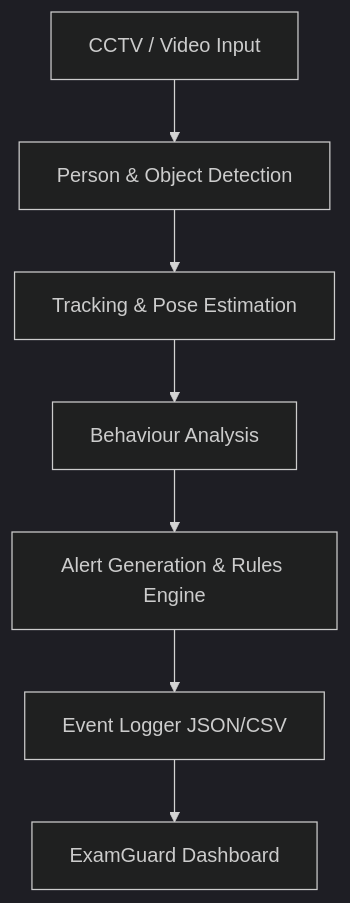
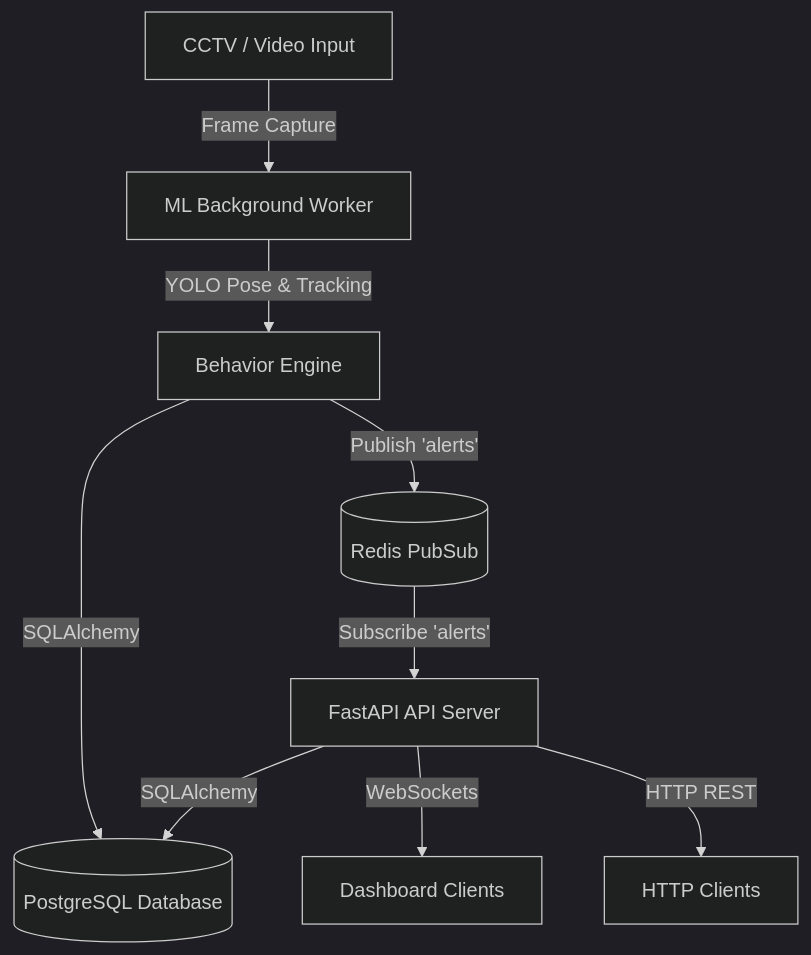
The diagram in README.md (Sia3136/ViewX), drawn with Mermaid (dark theme) before and after one commit. The commit also changed other lines of this file and 10 other files, not shown here.

````diff
--- a/README.md
+++ b/README.md
@@ -15,9 +15,13 @@
 ```mermaid
 flowchart TD
-    A[CCTV / Video Input] --> B[Person & Object Detection]
-    B --> C[Tracking & Pose Estimation]
-    C --> D[Behaviour Analysis]
-    D --> E[Alert Generation & Rules Engine]
-    E --> F[Event Logger JSON/CSV]
-    F --> G[ExamGuard Dashboard]
+    VideoInput[CCTV / Video Input] -->|Frame Capture| MLWorker[ML Background Worker]
+    MLWorker -->|YOLO Pose & Tracking| BehaviourEngine[Behavior Engine]
+    BehaviourEngine -->|SQLAlchemy| DB[(PostgreSQL Database)]
+    BehaviourEngine -->|Publish 'alerts'| Redis[(Redis PubSub)]
+    
+    FastAPI[FastAPI API Server] -->|SQLAlchemy| DB
+    Redis -->|Subscribe 'alerts'| FastAPI
+    
+    FastAPI -->|WebSockets| WSClient[Dashboard Clients]
+    FastAPI -->|HTTP REST| RESTClient[HTTP Clients]
 ```
````
